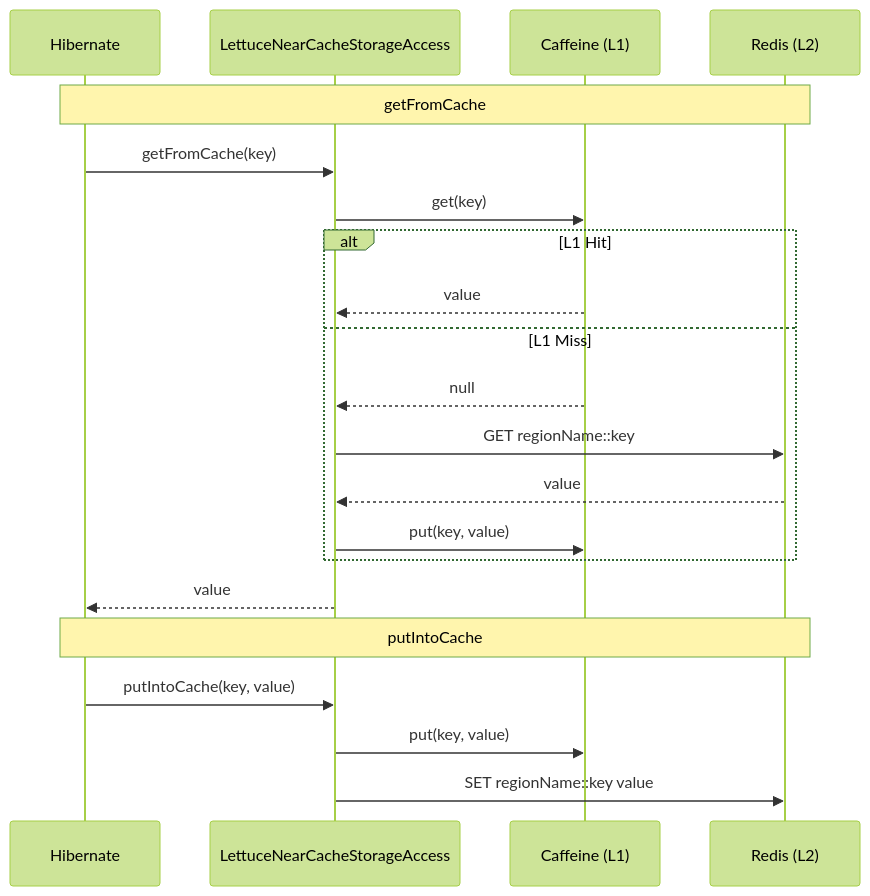
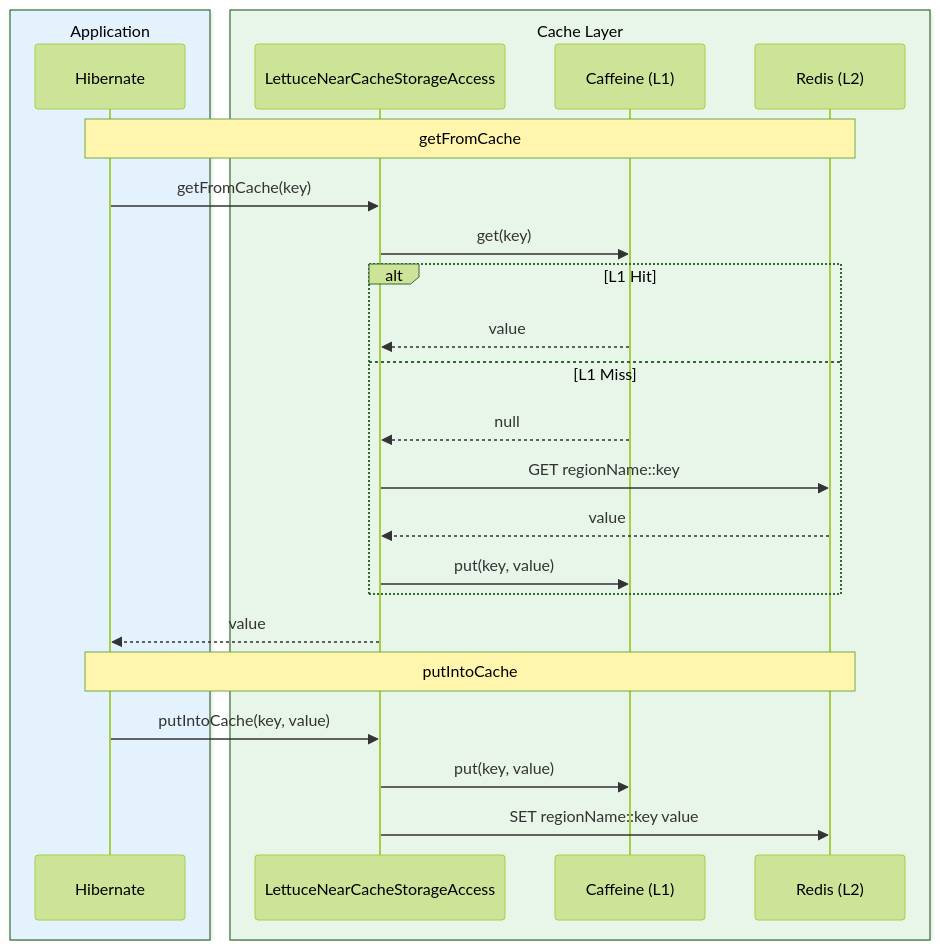
The third of 3 diagrams in data/hibernate-cache-lettuce/README.md (bluetape4k/bluetape4k-projects), drawn with Mermaid (forest theme) before and after one commit. The commit also changed other lines of this file and 221 other files, not shown here.

First line of the commit message:
docs: 전체 모듈 README UML 다이어그램 보강 및 색상 업그레이드

````diff
--- a/data/hibernate-cache-lettuce/README.md
+++ b/data/hibernate-cache-lettuce/README.md
@@ -164,25 +186,29 @@
 ```mermaid
 sequenceDiagram
-    participant Hibernate
-    participant Storage as LettuceNearCacheStorageAccess
-    participant L1 as Caffeine (L1)
-    participant L2 as Redis (L2)
+    box rgb(227, 242, 253) Application
+        participant Hibernate
+    end
+    box rgb(232, 245, 233) Cache Layer
+        participant Storage as LettuceNearCacheStorageAccess
+        participant L1 as Caffeine (L1)
+        participant L2 as Redis (L2)
+    end
 
     Note over Hibernate,L2: getFromCache
     Hibernate->>Storage: getFromCache(key)
     Storage->>L1: get(key)
     alt L1 Hit
         L1-->>Storage: value
     else L1 Miss
         L1-->>Storage: null
         Storage->>L2: GET regionName::key
         L2-->>Storage: value
         Storage->>L1: put(key, value)
     end
     Storage-->>Hibernate: value
 
     Note over Hibernate,L2: putIntoCache
     Hibernate->>Storage: putIntoCache(key, value)
     Storage->>L1: put(key, value)
     Storage->>L2: SET regionName::key value
 ```
````
